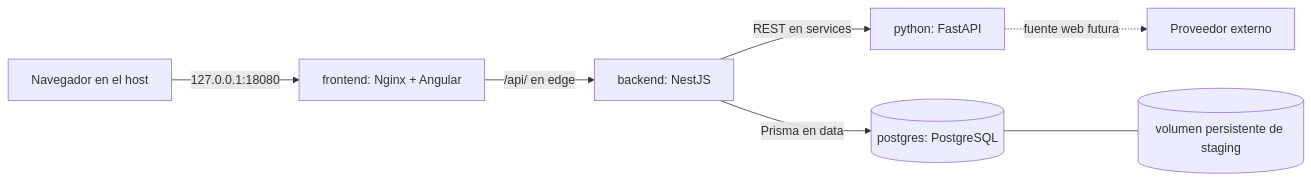
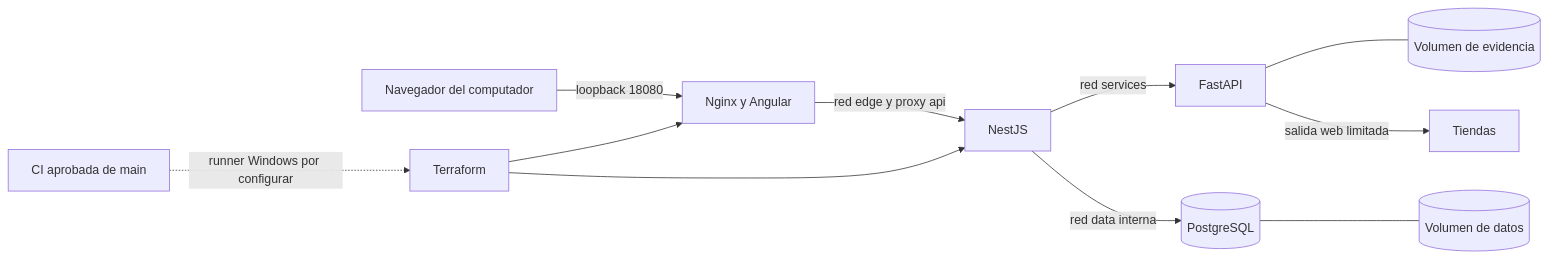
The second of 2 diagrams in docs/architecture/overview.md (Fourdath/Habita3D), drawn with Mermaid before and after one commit. The commit also changed other lines of this file and 35 other files, not shown here.

Commit message:
feat(ep2): preparar staging local, controles de CI y documentación del backend

````diff
--- a/docs/architecture/overview.md
+++ b/docs/architecture/overview.md
@@ -96,9 +81,13 @@
 ```mermaid
 flowchart LR
-    Browser[Navegador en el host] -->|127.0.0.1:18080| Nginx[frontend: Nginx + Angular]
-    Nginx -->|/api/ en edge| Nest[backend: NestJS]
-    Nest -->|REST en services| Python[python: FastAPI]
-    Nest -->|Prisma en data| Postgres[(postgres: PostgreSQL)]
-    Postgres --- Volume[(volumen persistente de staging)]
-    Python -.->|fuente web futura| Source[Proveedor externo]
+    Browser[Navegador del computador] -->|loopback 18080| FE[Nginx y Angular]
+    FE -->|red edge y proxy api| BE[NestJS]
+    BE -->|red services| PY[FastAPI]
+    BE -->|red data interna| DB[(PostgreSQL)]
+    DB --- V[(Volumen de datos)]
+    PY --- E[(Volumen de evidencia)]
+    PY -->|salida web limitada| W[Tiendas]
+    CI[CI aprobada de main] -.->|runner Windows por configurar| TF[Terraform]
+    TF --> FE
+    TF --> BE
 ```
````
